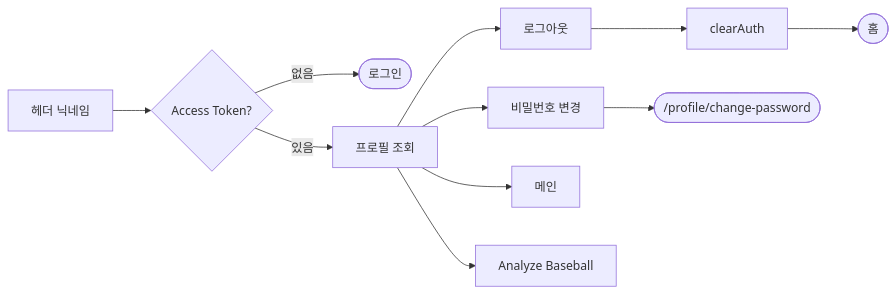
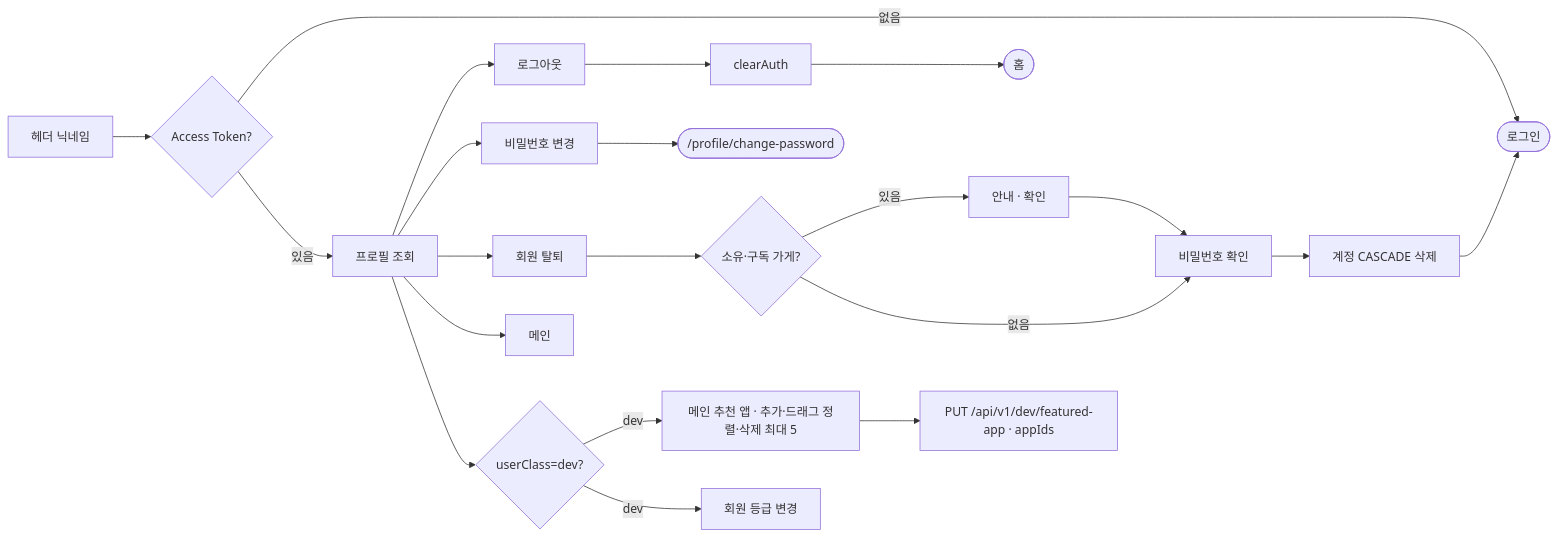
The seventh of 18 diagrams in docs/PBB-유저-흐름도.md (ohdeg/PBB), drawn with Mermaid before and after one commit. The commit also changed other lines of this file and 84 other files, not shown here.

````diff
--- a/docs/PBB-유저-흐름도.md
+++ b/docs/PBB-유저-흐름도.md
@@ -122,13 +122,23 @@
 ```mermaid
 flowchart LR
     nickClick[헤더 닉네임] --> hasToken{Access Token?}
     hasToken -->|"없음"| login([로그인])
     hasToken -->|"있음"| profile[프로필 조회]
     profile --> logout[로그아웃]
     logout --> clear[clearAuth]
     clear --> home([홈])
     profile --> changePw[비밀번호 변경]
     changePw --> changePwPage(["/profile/change-password"])
+    profile --> withdraw[회원 탈퇴]
+    withdraw --> veveno{소유·구독 가게?}
+    veveno -->|"있음"| warn[안내 · 확인]
+    warn --> pw[비밀번호 확인]
+    veveno -->|"없음"| pw
+    pw --> deleted[계정 CASCADE 삭제]
+    deleted --> login
     profile --> homeLink[메인]
-    profile --> baseballLink[Analyze Baseball]
+    profile --> devPanel{userClass=dev?}
+    devPanel -->|"dev"| featuredSet[메인 추천 앱 · 추가·드래그 정렬·삭제 최대 5]
+    devPanel -->|"dev"| classSet[회원 등급 변경]
+    featuredSet --> featuredSave[PUT /api/v1/dev/featured-app · appIds]
 ```
````
